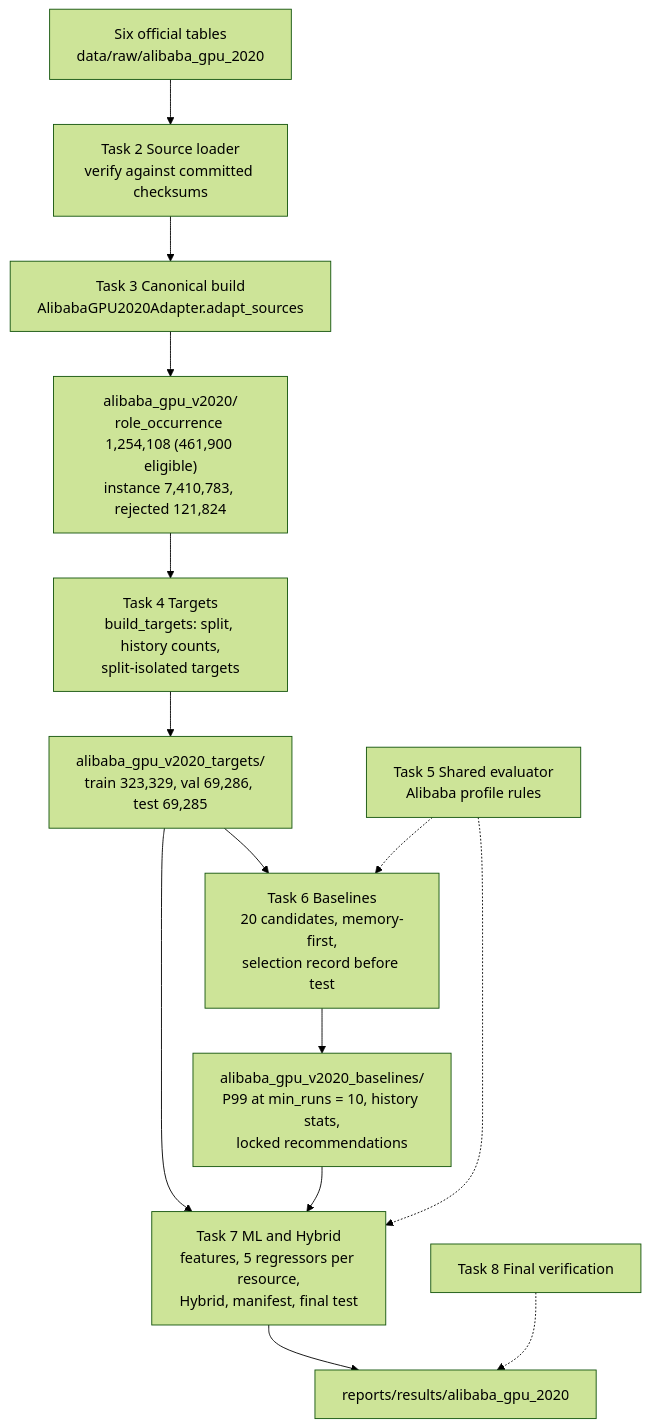
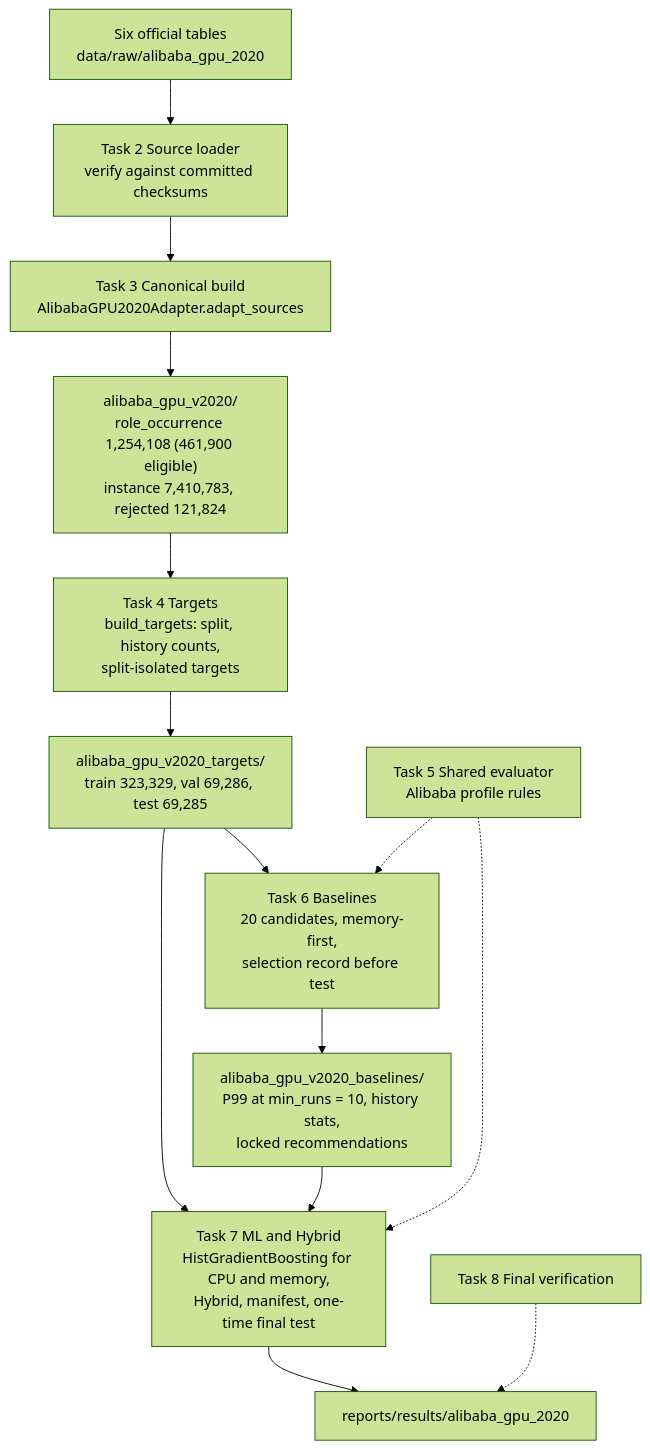
Before and after one commit to sonalilonkar1/masters-project: the ninth of 11 diagrams in docs/design/traceadvisor_system_guide.md, drawn with Mermaid (forest theme). The commit also changed other lines of this file and 12 other files, not shown here.

````diff
--- a/docs/design/traceadvisor_system_guide.md
+++ b/docs/design/traceadvisor_system_guide.md
@@ -429,16 +429,16 @@
 ```mermaid
 flowchart TD
     RAW["Six official tables<br/>data/raw/alibaba_gpu_2020"] --> T2["Task 2 Source loader<br/>verify against committed checksums"]
     T2 --> T3["Task 3 Canonical build<br/>AlibabaGPU2020Adapter.adapt_sources"]
     T3 --> C["alibaba_gpu_v2020/<br/>role_occurrence 1,254,108 (461,900 eligible)<br/>instance 7,410,783, rejected 121,824"]
     C --> T4["Task 4 Targets<br/>build_targets: split, history counts,<br/>split-isolated targets"]
     T4 --> TT["alibaba_gpu_v2020_targets/<br/>train 323,329, val 69,286, test 69,285"]
     TT --> T6["Task 6 Baselines<br/>20 candidates, memory-first,<br/>selection record before test"]
     T6 --> B["alibaba_gpu_v2020_baselines/<br/>P99 at min_runs = 10, history stats,<br/>locked recommendations"]
-    TT --> T7["Task 7 ML and Hybrid<br/>features, 5 regressors per resource,<br/>Hybrid, manifest, final test"]
+    TT --> T7["Task 7 ML and Hybrid<br/>HistGradientBoosting for CPU and memory,<br/>Hybrid, manifest, one-time final test"]
     B --> T7
     T7 --> RES["reports/results/alibaba_gpu_2020"]
     T5["Task 5 Shared evaluator<br/>Alibaba profile rules"] -.-> T6
     T5 -.-> T7
     T8["Task 8 Final verification"] -.-> RES
 ```
````
